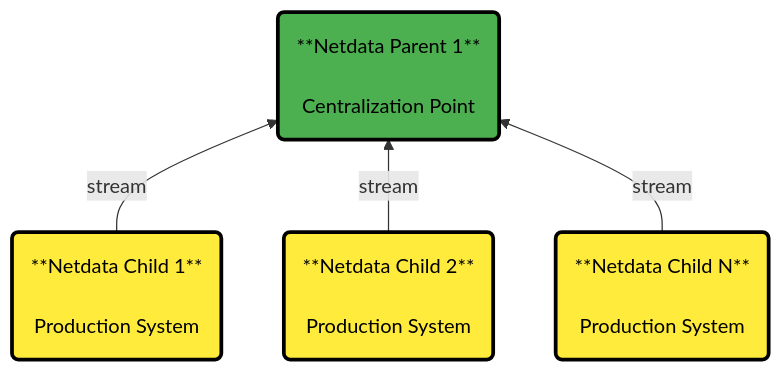
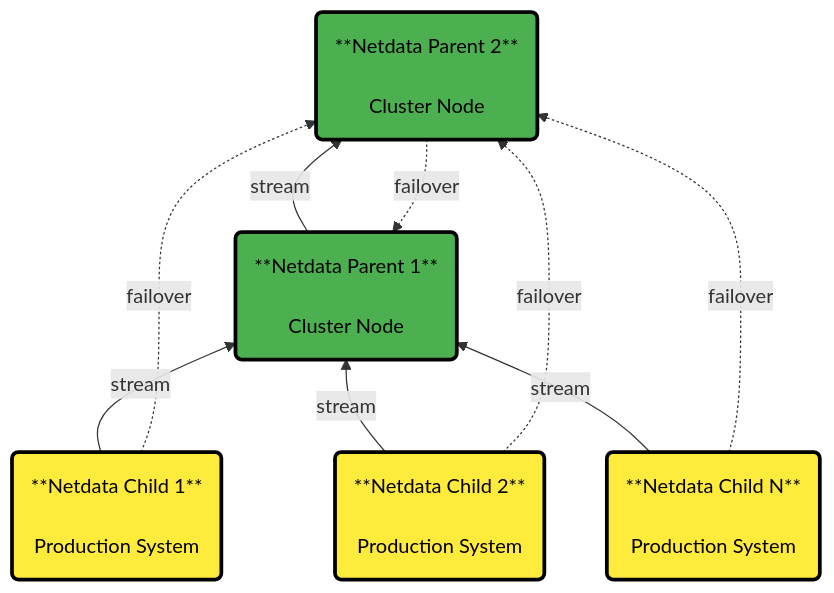
Before and after one commit to netdata/learn: the diagram in docs/Netdata Parents/Metrics Centralization Points/Metrics Centralization Points.mdx, drawn with Mermaid. The commit also changed other lines of this file and 17 other files, not shown here.

````diff
--- a/docs/Netdata Parents/Metrics Centralization Points/Metrics Centralization Points.mdx
+++ b/docs/Netdata Parents/Metrics Centralization Points/Metrics Centralization Points.mdx
@@ -15,18 +15,22 @@
 ```mermaid
 flowchart BT
     C1("**Netdata Child 1**<br/><br/>Production System")
     C2("**Netdata Child 2**<br/><br/>Production System")
     C3("**Netdata Child N**<br/><br/>Production System")
-    P1("**Netdata Parent 1**<br/><br/>Centralization Point")
+    P1("**Netdata Parent 1**<br/><br/>Cluster Node")
+    P2("**Netdata Parent 2**<br/><br/>Cluster Node")
     C1 -->|stream| P1
     C2 -->|stream| P1
     C3 -->|stream| P1
+    C1 & C2 & C3 -.->|failover| P2
+    P1 -->|stream| P2
+    P2 -.->|failover| P1
     
     %% Style definitions
     classDef child fill:#ffeb3b,stroke:#000000,stroke-width:3px,color:#000000,font-size:16px
     classDef parent fill:#4caf50,stroke:#000000,stroke-width:3px,color:#000000,font-size:16px
     
     %% Apply styles
     class C1,C2,C3 child
-    class P1 parent
+    class P1,P2 parent
 ```
````
